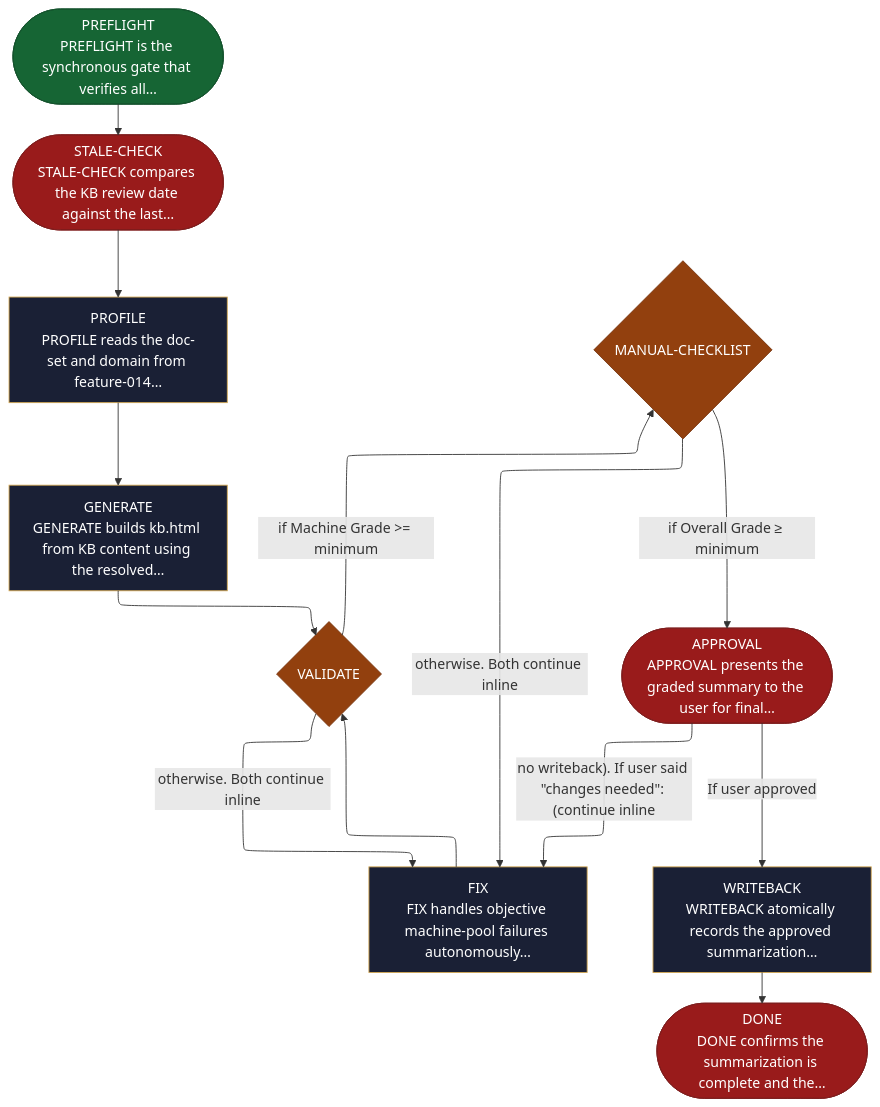
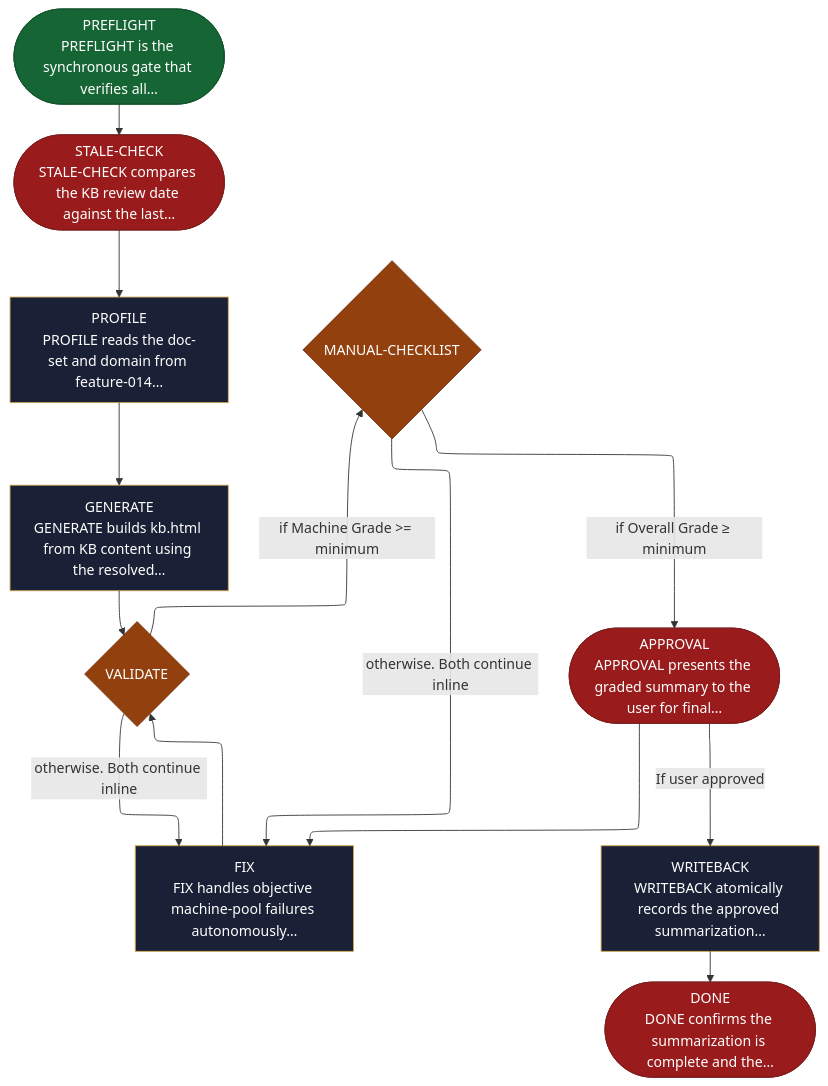
Before and after one commit to AndreVianna/aid-methodology: the diagram in site/src/content/docs/skills/aid-summarize.md, drawn with Mermaid. The commit also changed 9 other files, not shown here.

````diff
--- a/site/src/content/docs/skills/aid-summarize.md
+++ b/site/src/content/docs/skills/aid-summarize.md
@@ -20,60 +20,60 @@
 ```mermaid
 ---
 config:
   layout: elk
   flowchart:
     nodeSpacing: 55
     rankSpacing: 65
     padding: 12
     useMaxWidth: true
 ---
 flowchart TB
   classDef aidNode color:#fff
   classDef aidEntry fill:#166534,stroke:#14532d,color:#fff
   classDef aidExit fill:#991b1b,stroke:#7f1d1d,color:#fff
   classDef aidDecision fill:#92400e,stroke:#78350f,color:#fff
   classDef aidLoopBack fill:#1e3a8a,stroke:#1e3a8a,color:#fff
   classDef aidStep fill:#1a2035,stroke:#d4a853,color:#f1f5f9
   n1(["PREFLIGHT<br/>PREFLIGHT is the synchronous gate that verifies all…"])
   n2(["STALE-CHECK<br/>STALE-CHECK compares the KB review date against the last…"])
   n3["PROFILE<br/>PROFILE reads the doc-set and domain from feature-014…"]
   n4["GENERATE<br/>GENERATE builds kb.html from KB content using the resolved…"]
   n5{"VALIDATE"}
   n6{"MANUAL-CHECKLIST"}
   n7["FIX<br/>FIX handles objective machine-pool failures autonomously…"]
   n8(["APPROVAL<br/>APPROVAL presents the graded summary to the user for final…"])
   n9["WRITEBACK<br/>WRITEBACK atomically records the approved summarization…"]
   n10(["DONE<br/>DONE confirms the summarization is complete and the…"])
   n1 --> n2
   n2 --> n3
   n3 --> n4
   n4 --> n5
   n5 -->|"if Machine Grade &gt;= minimum"| n6
   n5 -->|"otherwise. Both continue inline"| n7
   n6 -->|"otherwise. Both continue inline"| n7
   n6 -->|"if Overall Grade ≥ minimum"| n8
   n7 --> n5
-  n8 -->|"no writeback). If user said &quot;changes needed&quot;: (continue inline"| n7
+  n8 --> n7
   n8 -->|"If user approved"| n9
   n9 --> n10
   class n1 aidEntry
   class n2 aidExit
   class n3 aidStep
   class n4 aidStep
   class n5 aidDecision
   class n6 aidDecision
   class n7 aidStep
   class n8 aidExit
   class n9 aidStep
   class n10 aidExit
   class n1 aidNode
   class n2 aidNode
   class n3 aidNode
   class n4 aidNode
   class n5 aidNode
   class n6 aidNode
   class n7 aidNode
   class n8 aidNode
   class n9 aidNode
   class n10 aidNode
 ```
````
